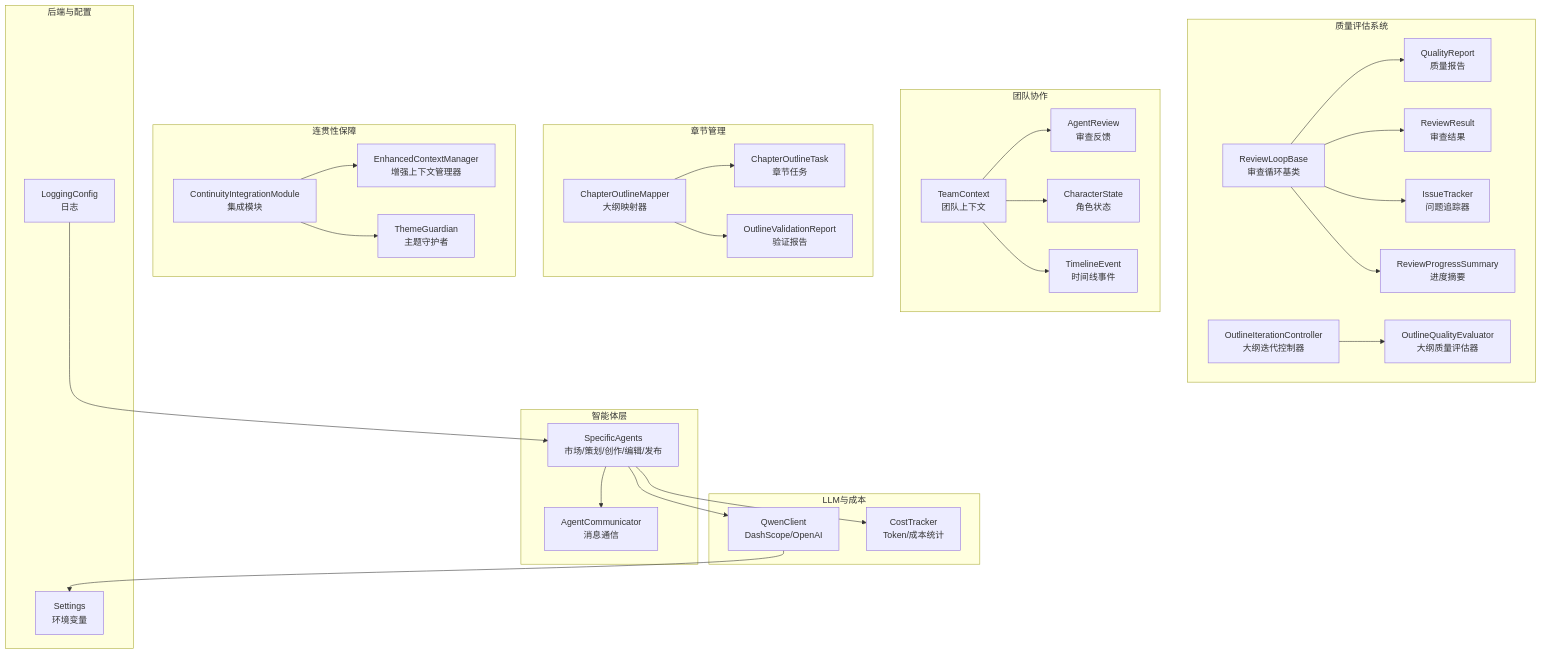
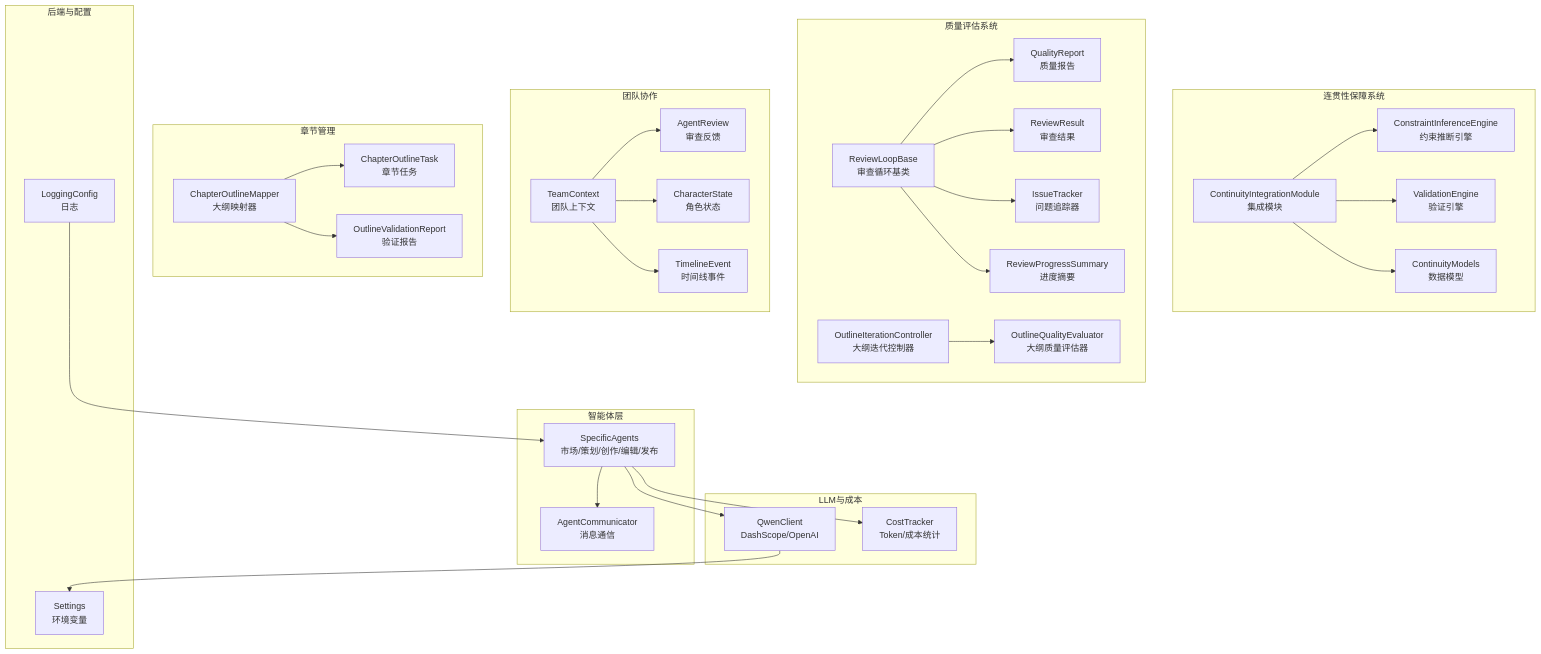
One commit to xfbyxq/ai-novel-system changed the first of 16 diagrams in .qoder/repowiki/zh/content/AI智能体系统/AI智能体系统.md. Above: the diagram before and after it, drawn with Mermaid. The commit also changed other lines of this file and 8 other files, not shown here.

````diff
--- a/.qoder/repowiki/zh/content/AI智能体系统/AI智能体系统.md
+++ b/.qoder/repowiki/zh/content/AI智能体系统/AI智能体系统.md
@@ -87,57 +83,59 @@
 ```mermaid
 graph TB
 subgraph "智能体层"
 AC["AgentCommunicator<br/>消息通信"]
 SA["SpecificAgents<br/>市场/策划/创作/编辑/发布"]
+end
+subgraph "连贯性保障系统"
+CIM["ContinuityIntegrationModule<br/>集成模块"]
+CIE["ConstraintInferenceEngine<br/>约束推断引擎"]
+VE["ValidationEngine<br/>验证引擎"]
+CM["ContinuityModels<br/>数据模型"]
 end
 subgraph "质量评估系统"
 RLB["ReviewLoopBase<br/>审查循环基类"]
 QR["QualityReport<br/>质量报告"]
 RR["ReviewResult<br/>审查结果"]
 IE["IssueTracker<br/>问题追踪器"]
 RS["ReviewProgressSummary<br/>进度摘要"]
 OIC["OutlineIterationController<br/>大纲迭代控制器"]
 OQE["OutlineQualityEvaluator<br/>大纲质量评估器"]
 end
 subgraph "团队协作"
 TC["TeamContext<br/>团队上下文"]
 AR["AgentReview<br/>审查反馈"]
 CS["CharacterState<br/>角色状态"]
 TL["TimelineEvent<br/>时间线事件"]
 end
 subgraph "章节管理"
 COM["ChapterOutlineMapper<br/>大纲映射器"]
 COT["ChapterOutlineTask<br/>章节任务"]
 OVR["OutlineValidationReport<br/>验证报告"]
 end
-subgraph "连贯性保障"
-CIM["ContinuityIntegrationModule<br/>集成模块"]
-ECM["EnhancedContextManager<br/>增强上下文管理器"]
-TG["ThemeGuardian<br/>主题守护者"]
-end
 subgraph "LLM与成本"
 QC["QwenClient<br/>DashScope/OpenAI"]
 CT["CostTracker<br/>Token/成本统计"]
 end
 subgraph "后端与配置"
 CFG["Settings<br/>环境变量"]
 LOG["LoggingConfig<br/>日志"]
 end
 SA --> AC
 SA --> QC
 SA --> CT
+CIM --> CIE
+CIM --> VE
+CIM --> CM
 RLB --> QR
 RLB --> RR
 RLB --> IE
 RLB --> RS
 OIC --> OQE
 TC --> AR
 TC --> CS
 TC --> TL
 COM --> COT
 COM --> OVR
-CIM --> ECM
-CIM --> TG
 QC --> CFG
 LOG --> SA
 ```
````
